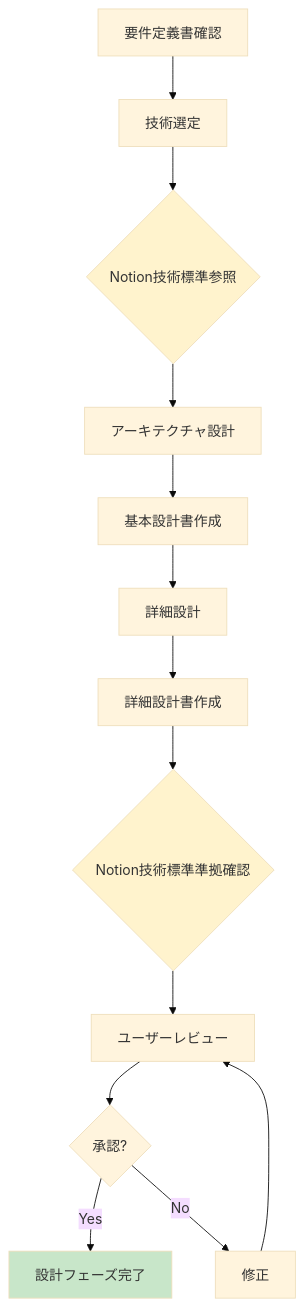
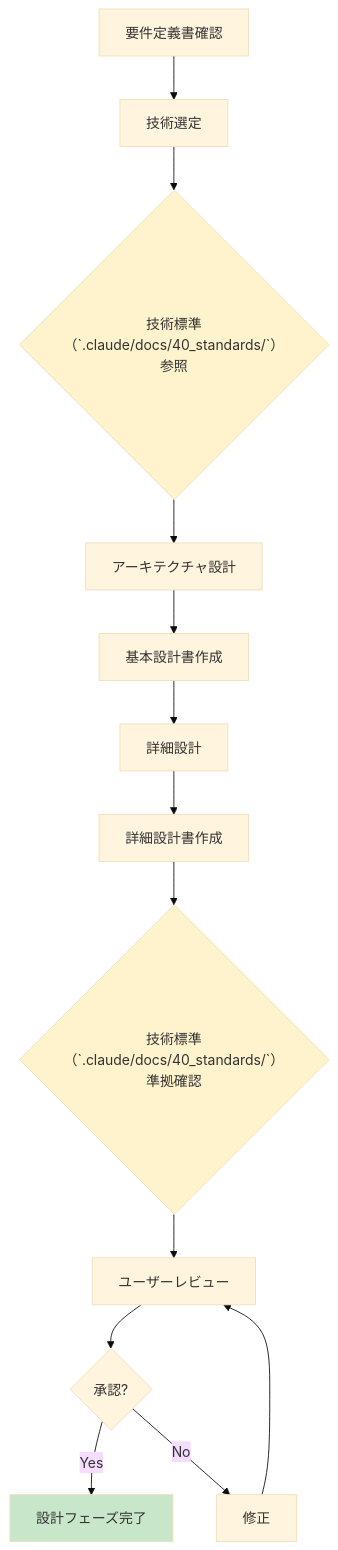
Before and after one commit to k-tanaka-522/aidev: the diagram in .claude/docs/10_facilitation/2.3_設計フェーズ/2.3.1_フェーズ概要.md, drawn with Mermaid (base theme). The commit also changed other lines of this file and 39 other files, not shown here.

First line of the commit message:
Fix Phase 2.0: Replace Notion references with .claude/docs/40_standards/

````diff
--- a/.claude/docs/10_facilitation/2.3_設計フェーズ/2.3.1_フェーズ概要.md
+++ b/.claude/docs/10_facilitation/2.3_設計フェーズ/2.3.1_フェーズ概要.md
@@ -241,19 +241,19 @@
 ```mermaid
 flowchart TB
     A[要件定義書確認] --> B[技術選定]
-    B --> C{Notion技術標準参照}
+    B --> C{技術標準（`.claude/docs/40_standards/`）参照}
     C --> D[アーキテクチャ設計]
     D --> E[基本設計書作成]
     E --> F[詳細設計]
     F --> G[詳細設計書作成]
-    G --> H{Notion技術標準準拠確認}
+    G --> H{技術標準（`.claude/docs/40_standards/`）準拠確認}
     H --> I[ユーザーレビュー]
     I --> J{承認?}
     J -->|Yes| K[設計フェーズ完了]
     J -->|No| L[修正]
     L --> I
 
     style C fill:#fff3cd
     style H fill:#fff3cd
     style K fill:#c8e6c9
 ```
````
